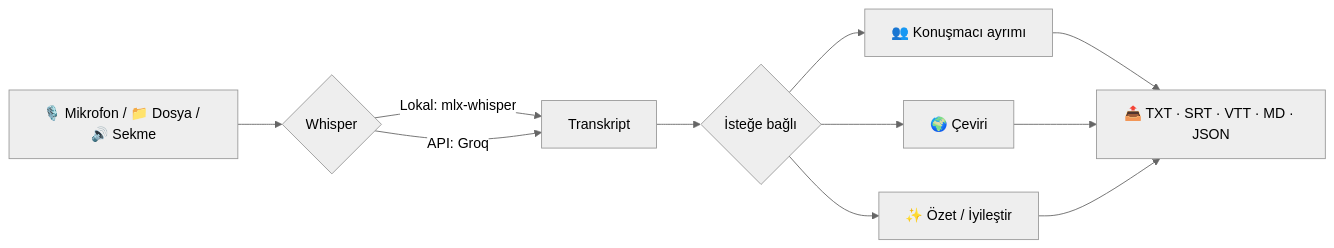
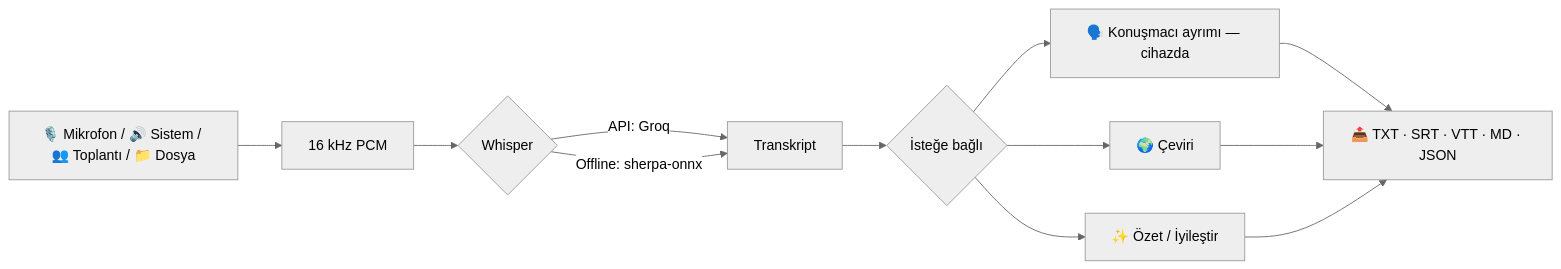
Before and after one commit to erensmsek/YazBunu: the diagram in README.md, drawn with Mermaid (neutral theme). The commit also changed other lines of this file and 21 other files, not shown here.

````diff
--- a/README.md
+++ b/README.md
@@ -61,11 +82,12 @@
 ```mermaid
 flowchart LR
-    A[🎙️ Mikrofon / 📁 Dosya / 🔊 Sekme] --> B{Whisper}
-    B -->|Lokal: mlx-whisper| C[Transkript]
-    B -->|API: Groq| C
+    A[🎙️ Mikrofon / 🔊 Sistem / 👥 Toplantı / 📁 Dosya] --> P[16 kHz PCM]
+    P --> B{Whisper}
+    B -->|API: Groq| C[Transkript]
+    B -->|Offline: sherpa-onnx| C
     C --> D{İsteğe bağlı}
-    D --> E[👥 Konuşmacı ayrımı]
+    D --> E[🗣️ Konuşmacı ayrımı — cihazda]
     D --> F[🌍 Çeviri]
     D --> G[✨ Özet / İyileştir]
     E & F & G --> H[📤 TXT · SRT · VTT · MD · JSON]
 ```
````
